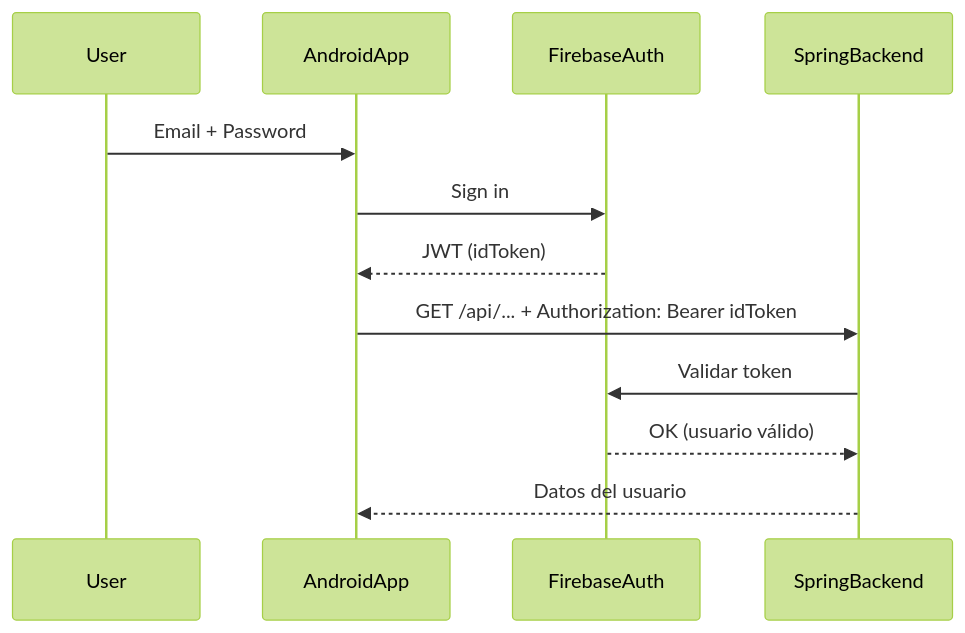
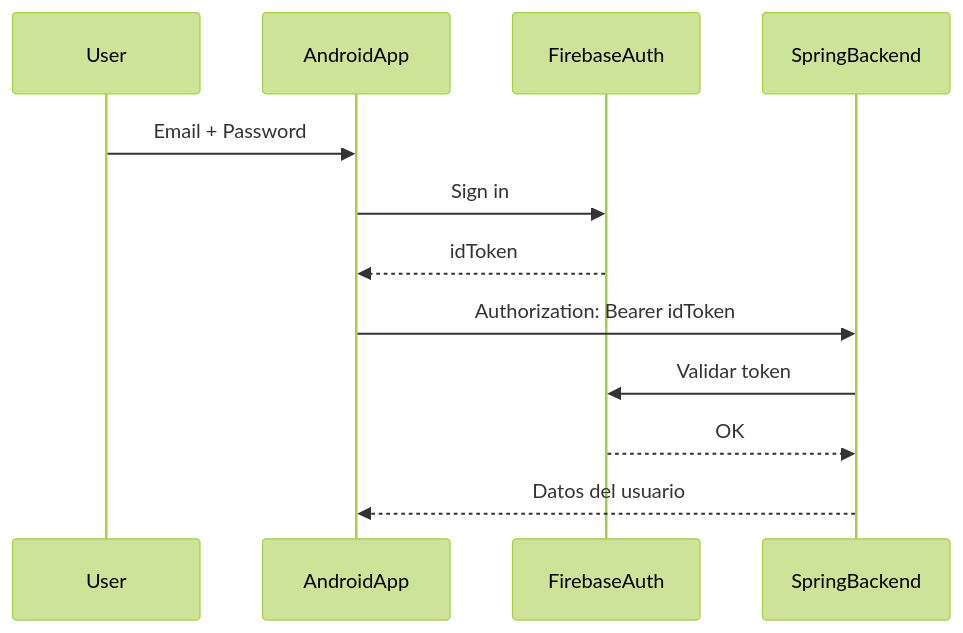
The diagram in bailoteca-frontend/README.md (TonyArPe/LaBailoteca), drawn with Mermaid (forest theme) before and after one commit. The commit also changed other lines of this file and 3 other files, not shown here.

````diff
--- a/bailoteca-frontend/README.md
+++ b/bailoteca-frontend/README.md
@@ -95,15 +65,15 @@
 ```mermaid
 sequenceDiagram
     participant User
     participant AndroidApp
     participant FirebaseAuth
     participant SpringBackend
 
     User->>AndroidApp: Email + Password
     AndroidApp->>FirebaseAuth: Sign in
-    FirebaseAuth-->>AndroidApp: JWT (idToken)
-    AndroidApp->>SpringBackend: GET /api/... + Authorization: Bearer idToken
+    FirebaseAuth-->>AndroidApp: idToken
+    AndroidApp->>SpringBackend: Authorization: Bearer idToken
     SpringBackend->>FirebaseAuth: Validar token
-    FirebaseAuth-->>SpringBackend: OK (usuario válido)
+    FirebaseAuth-->>SpringBackend: OK
     SpringBackend-->>AndroidApp: Datos del usuario
 ```
````
